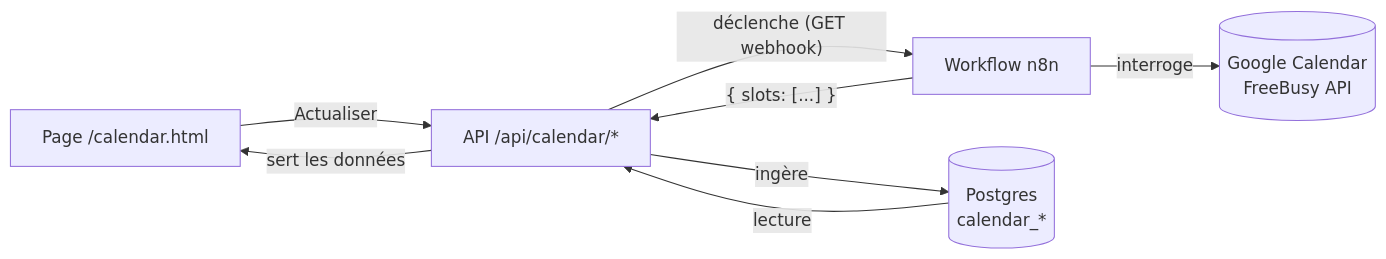
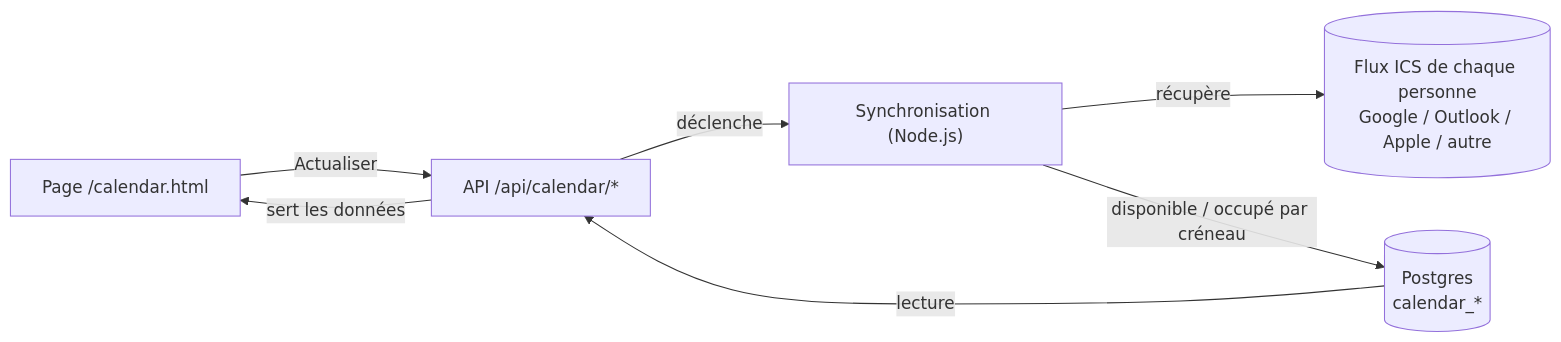
Before and after one commit to nfonteyne/octane-website: the third of 3 diagrams in README.md, drawn with Mermaid. The commit also changed other lines of this file and 21 other files, not shown here.

Commit message:
update: integrate ics calendar

````diff
--- a/README.md
+++ b/README.md
@@ -285,16 +285,15 @@
 ```mermaid
 flowchart LR
     UI["Page /calendar.html"]
     API["API /api/calendar/*"]
-    N8N["Workflow n8n"]
-    GCal[("Google Calendar<br/>FreeBusy API")]
+    Sync["Synchronisation (Node.js)"]
+    ICS[("Flux ICS de chaque personne<br/>Google / Outlook / Apple / autre")]
     DB[("Postgres<br/>calendar_*")]
 
     UI -- "Actualiser" --> API
-    API -- "déclenche (GET webhook)" --> N8N
-    N8N -- "interroge" --> GCal
-    N8N -- "{ slots: [...] }" --> API
-    API -- "ingère" --> DB
+    API -- "déclenche" --> Sync
+    Sync -- "récupère" --> ICS
+    Sync -- "disponible / occupé par créneau" --> DB
     DB -- "lecture" --> API
     API -- "sert les données" --> UI
 ```
````
